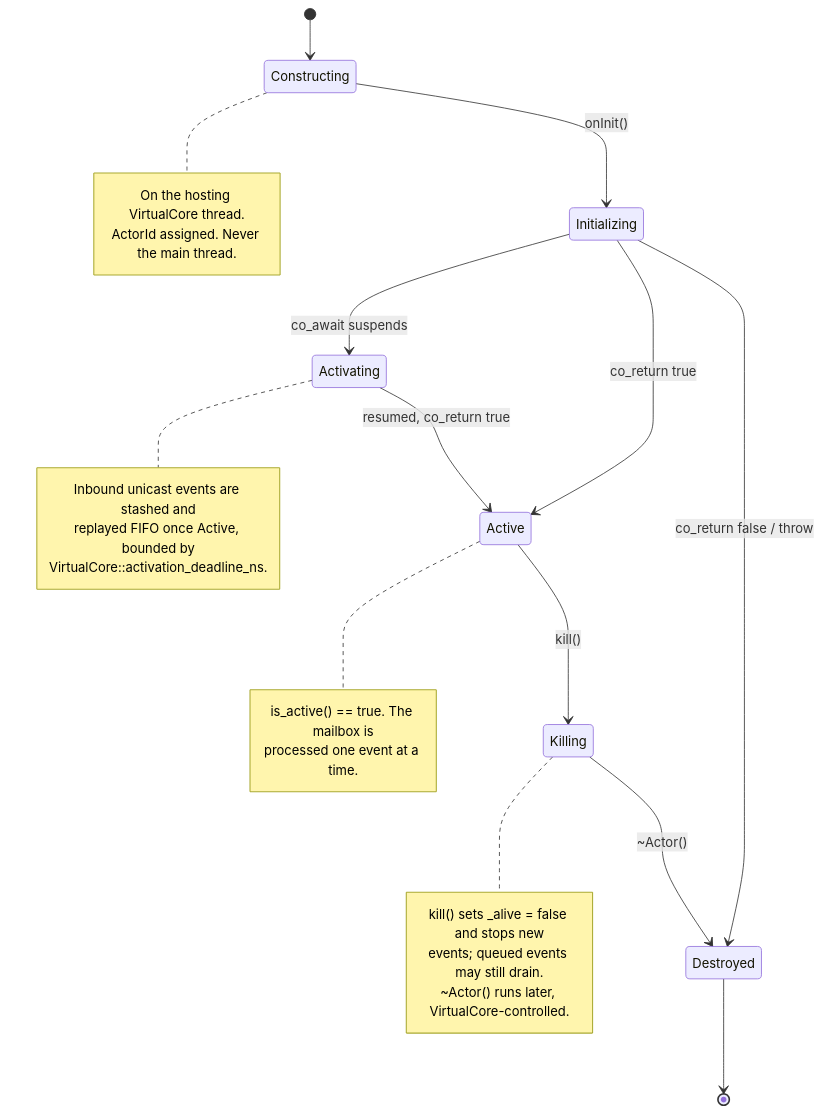
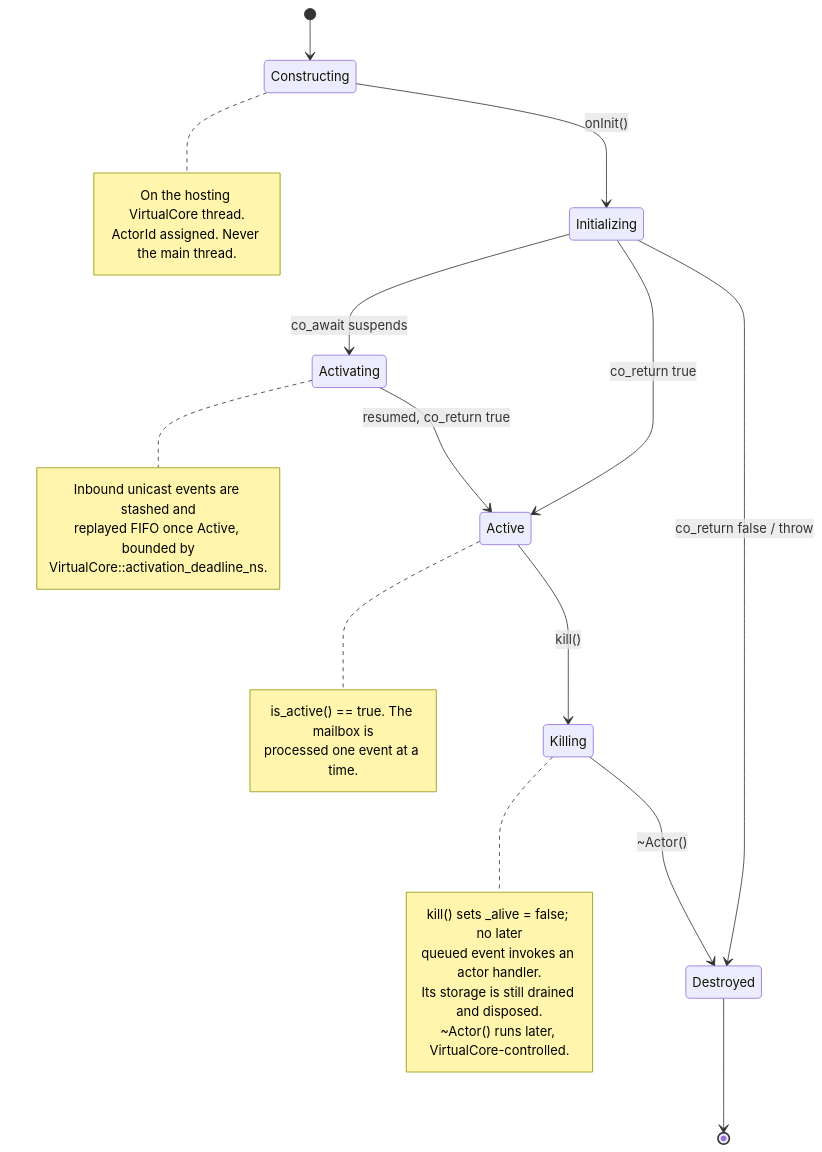
One commit to isndev/qb changed the diagram in readme/2_core_concepts/actor_model.md. Above: the diagram before and after it, drawn with Mermaid. The commit also changed other lines of this file and 7 other files, not shown here.

````diff
--- a/readme/2_core_concepts/actor_model.md
+++ b/readme/2_core_concepts/actor_model.md
@@ -123,32 +123,33 @@
 ```mermaid
 stateDiagram-v2
     direction TB
     [*] --> Constructing
     Constructing --> Initializing: onInit()
     Initializing --> Activating: co_await suspends
     Initializing --> Active: co_return true
     Activating --> Active: resumed, co_return true
     Initializing --> Destroyed: co_return false / throw
     Active --> Killing: kill()
     Killing --> Destroyed: ~Actor()
     Destroyed --> [*]
 
     note right of Constructing
         On the hosting VirtualCore thread.
         ActorId assigned. Never the main thread.
     end note
     note right of Activating
         Inbound unicast events are stashed and
         replayed FIFO once Active, bounded by
         VirtualCore::activation_deadline_ns.
     end note
     note right of Active
         is_active() == true. The mailbox is
         processed one event at a time.
     end note
     note right of Killing
-        kill() sets _alive = false and stops new
-        events; queued events may still drain.
+        kill() sets _alive = false; no later
+        queued event invokes an actor handler.
+        Its storage is still drained and disposed.
         ~Actor() runs later, VirtualCore-controlled.
     end note
 ```
````
